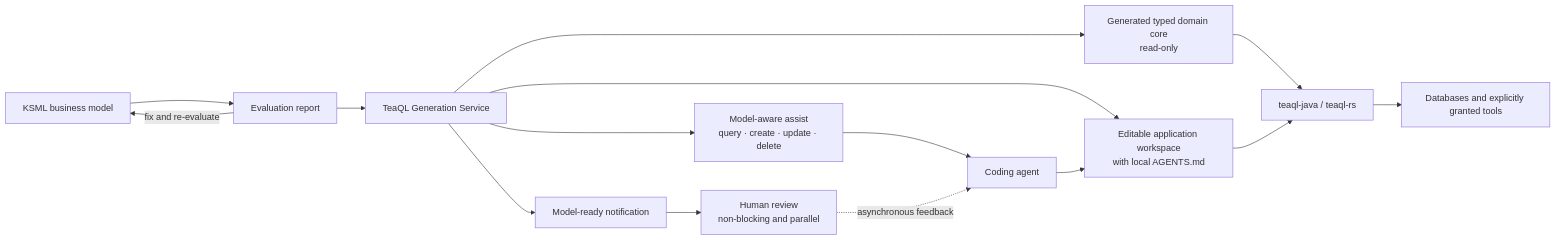
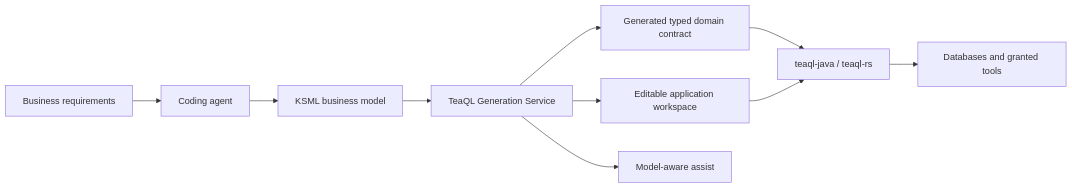
The first of 2 diagrams in README.md (teaql/teaql-agent-kit), drawn with Mermaid before and after one commit. The commit also changed other lines of this file, not shown here.

Commit message:
Condense README for human readers

````diff
--- a/README.md
+++ b/README.md
@@ -20,17 +14,12 @@
 ```mermaid
 flowchart LR
-    M["KSML business model"] --> E["Evaluation report"]
-    E -->|fix and re-evaluate| M
-    E --> G["TeaQL Generation Service"]
-    G --> C["Generated typed domain core<br/>read-only"]
-    G --> A["Editable application workspace<br/>with local AGENTS.md"]
-    G --> H["Model-aware assist<br/>query · create · update · delete"]
-    H --> X["Coding agent"]
-    X --> A
-    G --> N["Model-ready notification"]
-    N --> V["Human review<br/>non-blocking and parallel"]
-    V -.->|"asynchronous feedback"| X
-    C --> R["teaql-java / teaql-rs"]
-    A --> R
-    R --> D["Databases and explicitly granted tools"]
+    R["Business requirements"] --> A["Coding agent"]
+    A --> M["KSML business model"]
+    M --> G["TeaQL Generation Service"]
+    G --> C["Generated typed domain contract"]
+    G --> W["Editable application workspace"]
+    G --> H["Model-aware assist"]
+    C --> T["teaql-java / teaql-rs"]
+    W --> T
+    T --> D["Databases and granted tools"]
 ```
````
